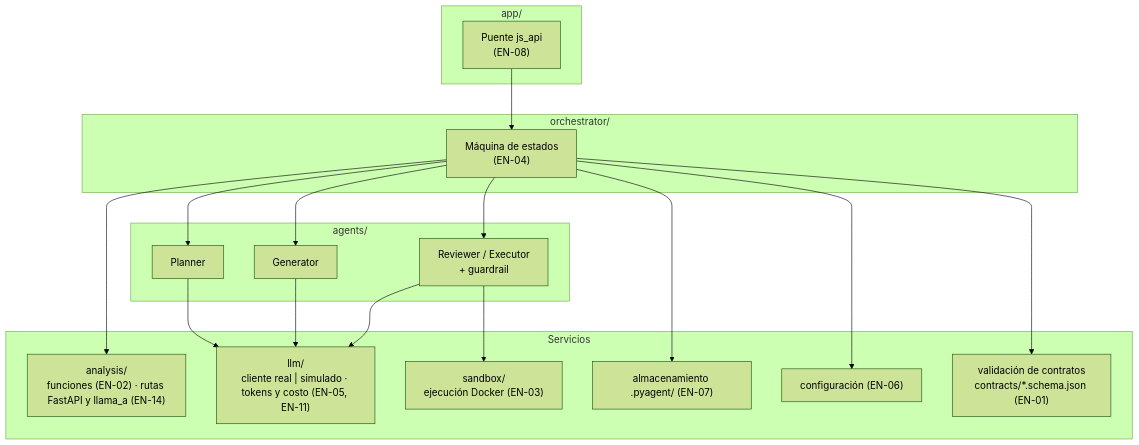
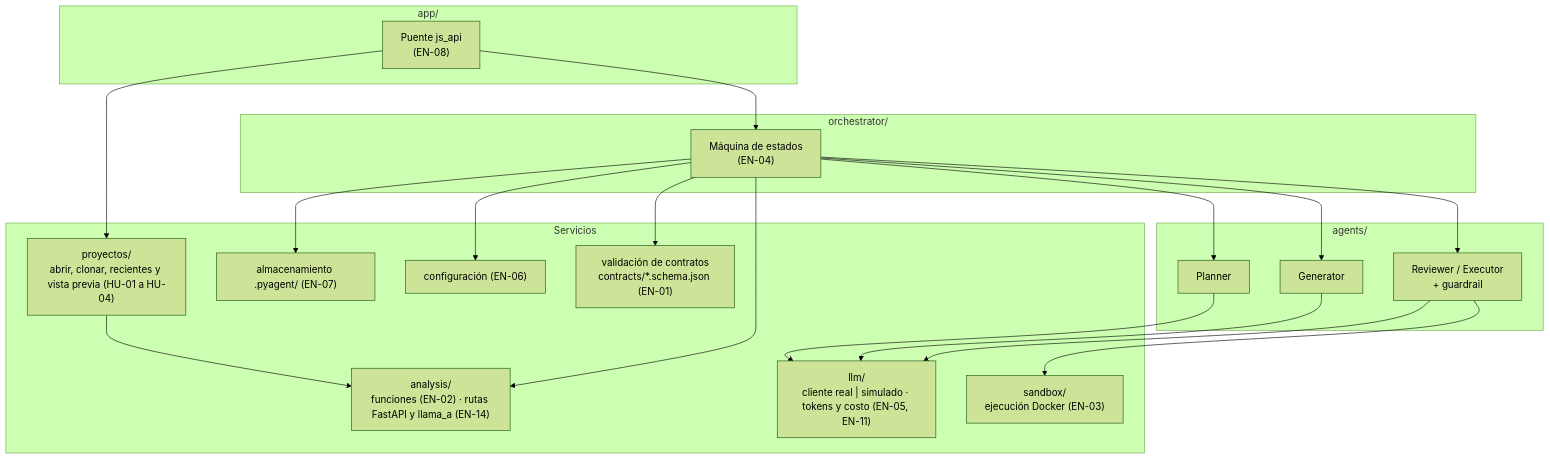
The third of 9 diagrams in docs/arquitectura.md (AngelOncoy/QAgent), drawn with Mermaid (forest theme) before and after one commit. The commit also changed other lines of this file and 19 other files, not shown here.

````diff
--- a/docs/arquitectura.md
+++ b/docs/arquitectura.md
@@ -123,28 +123,31 @@
 ```mermaid
 flowchart TB
     subgraph APPL["app/"]
         BRIDGE["Puente js_api<br/>(EN-08)"]
     end
     subgraph ORCH["orchestrator/"]
         ORQ["Máquina de estados<br/>(EN-04)"]
     end
     subgraph AGENTS["agents/"]
         PL["Planner"]
         GE["Generator"]
         RE["Reviewer / Executor<br/>+ guardrail"]
     end
     subgraph SERV["Servicios"]
         AN["analysis/<br/>funciones (EN-02) · rutas FastAPI y llama_a (EN-14)"]
+        PRY["proyectos/<br/>abrir, clonar, recientes y vista previa (HU-01 a HU-04)"]
         LLM["llm/<br/>cliente real | simulado · tokens y costo (EN-05, EN-11)"]
         SBX["sandbox/<br/>ejecución Docker (EN-03)"]
         STO["almacenamiento .pyagent/ (EN-07)"]
         CFG["configuración (EN-06)"]
         CON["validación de contratos<br/>contracts/*.schema.json (EN-01)"]
     end
 
     BRIDGE --> ORQ
+    BRIDGE --> PRY
+    PRY --> AN
     ORQ --> PL & GE & RE
     ORQ --> AN & STO & CFG & CON
     PL & GE & RE --> LLM
     RE --> SBX
 ```
````
